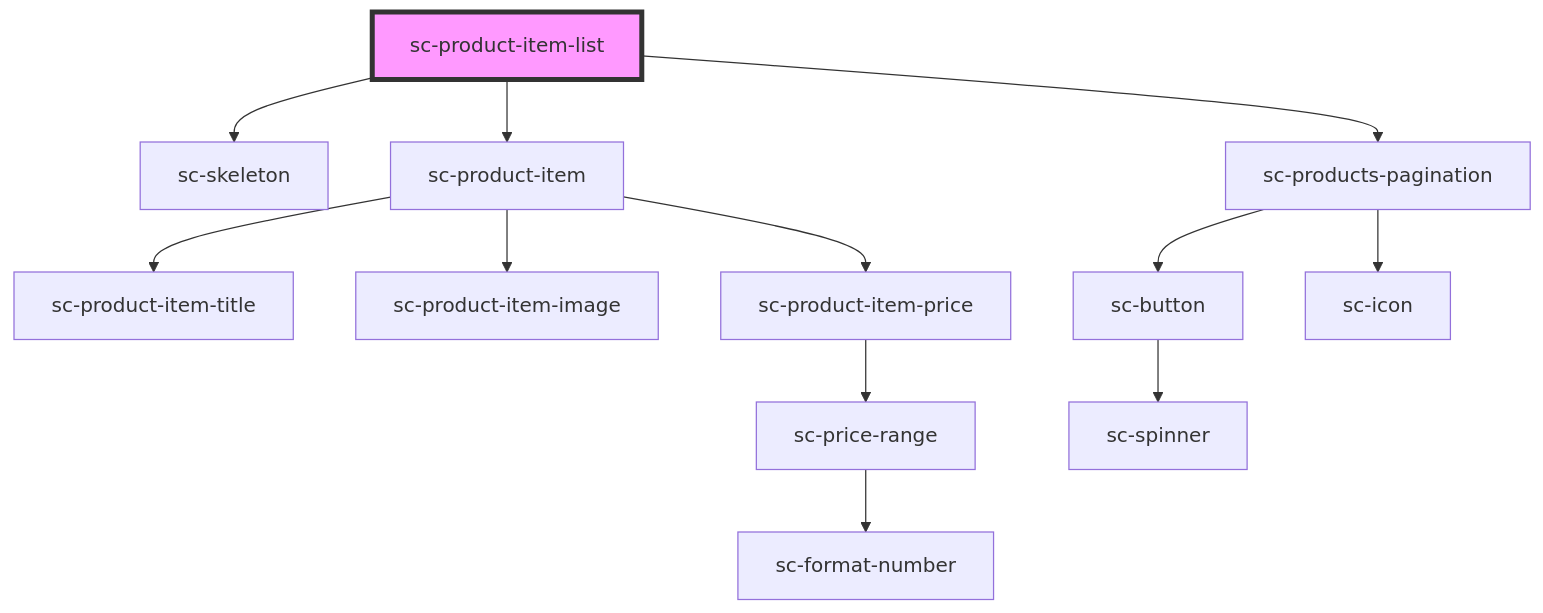
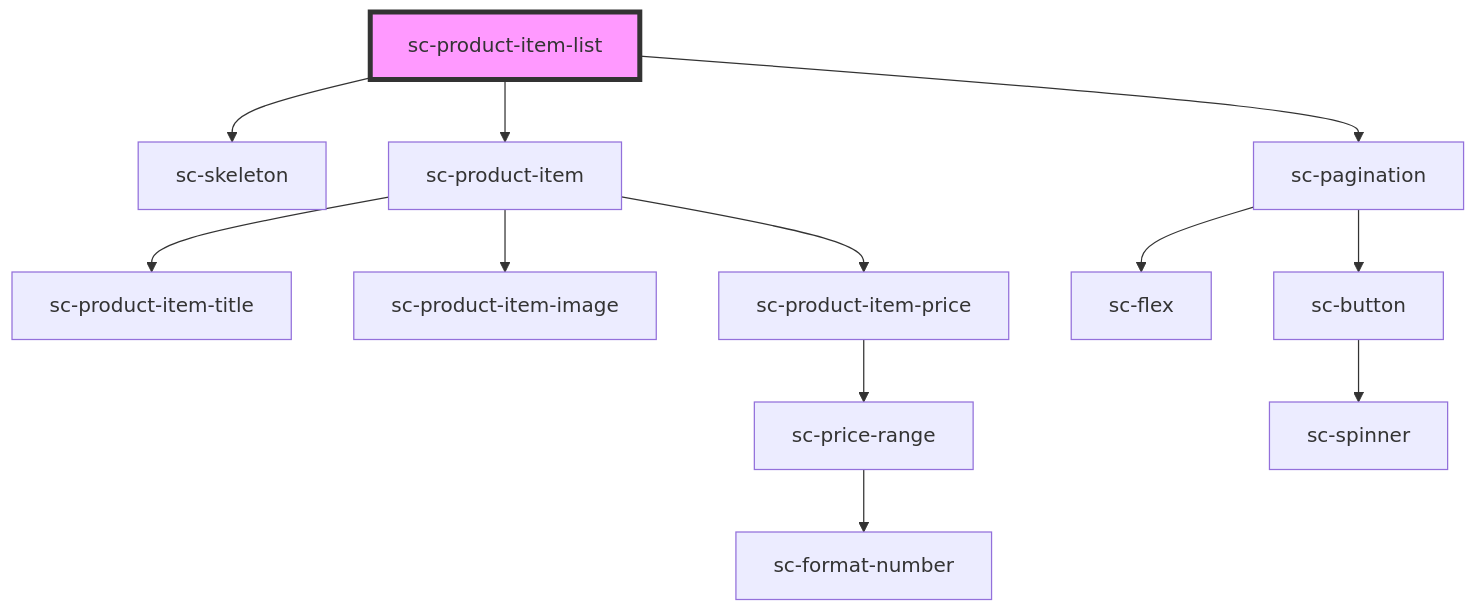
Before and after one commit to surecart/surecart-wp-plugin: the diagram in packages/components/src/components/controllers/products/sc-product-item-list/readme.md, drawn with Mermaid. The commit also changed other lines of this file and 13 other files, not shown here.

Commit message:
replaced sc-products-pagination with already existing sc-pagination

````diff
--- a/packages/components/src/components/controllers/products/sc-product-item-list/readme.md
+++ b/packages/components/src/components/controllers/products/sc-product-item-list/readme.md
@@ -27,15 +27,15 @@
 ```mermaid
 graph TD;
   sc-product-item-list --> sc-skeleton
   sc-product-item-list --> sc-product-item
-  sc-product-item-list --> sc-products-pagination
+  sc-product-item-list --> sc-pagination
   sc-product-item --> sc-product-item-title
   sc-product-item --> sc-product-item-image
   sc-product-item --> sc-product-item-price
   sc-product-item-price --> sc-price-range
   sc-price-range --> sc-format-number
-  sc-products-pagination --> sc-button
-  sc-products-pagination --> sc-icon
+  sc-pagination --> sc-flex
+  sc-pagination --> sc-button
   sc-button --> sc-spinner
   style sc-product-item-list fill:#f9f,stroke:#333,stroke-width:4px
 ```
````
